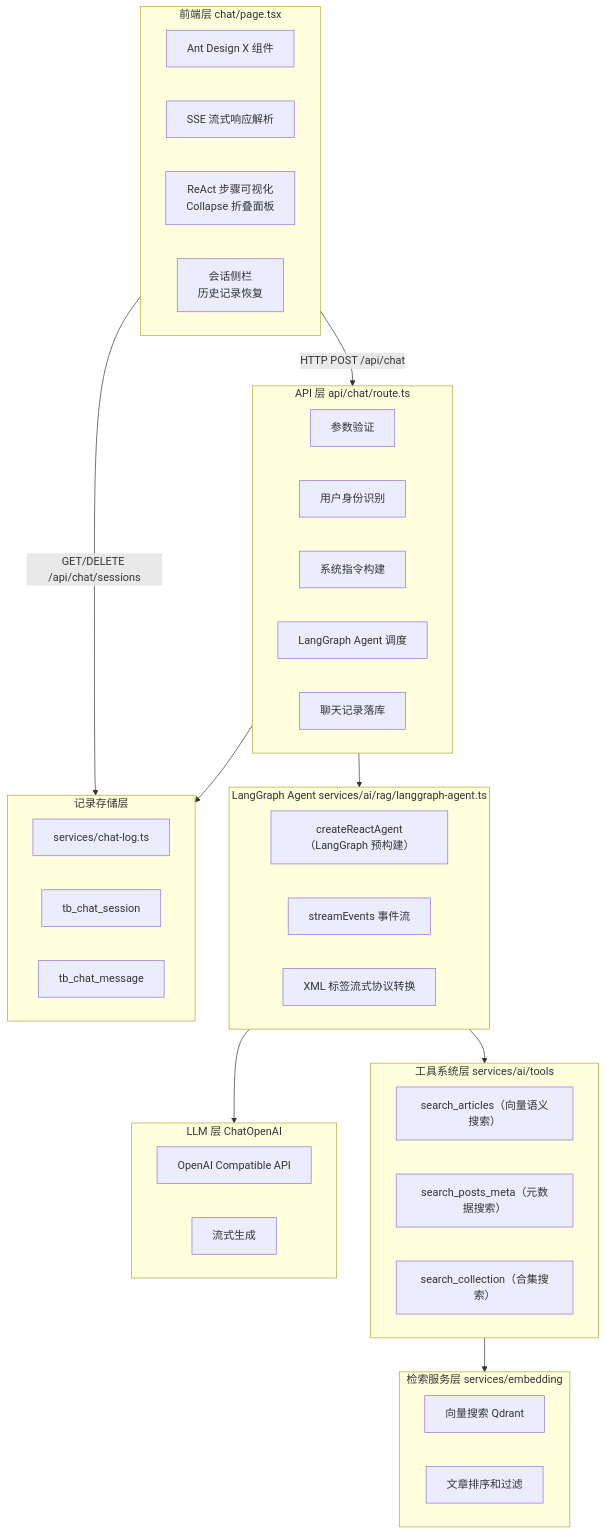
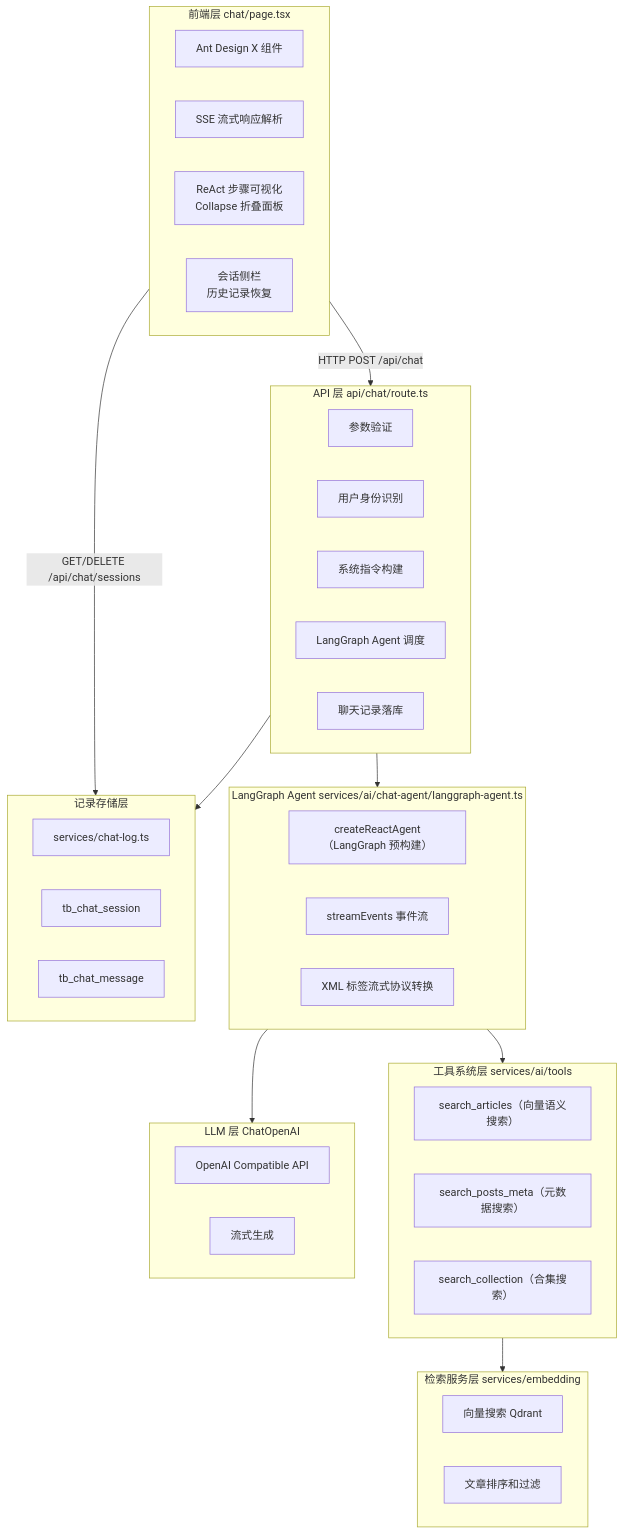
Before and after one commit to NNNNzs/react.nnnnzs.cn: the first of 2 diagrams in docs/designs/chat/rag-chat.md, drawn with Mermaid. The commit also changed other lines of this file and 28 other files, not shown here.

First line of the commit message:
refactor(chat): 重构 Chat Agent 架构，新增 DeepSeek think 流式展示和 reactTimeline

````diff
--- a/docs/designs/chat/rag-chat.md
+++ b/docs/designs/chat/rag-chat.md
@@ -26,53 +27,53 @@
 ```mermaid
 flowchart TB
     subgraph Frontend["前端层 chat/page.tsx"]
         A1["Ant Design X 组件"]
         A2["SSE 流式响应解析"]
         A3["ReAct 步骤可视化<br/>Collapse 折叠面板"]
         A4["会话侧栏<br/>历史记录恢复"]
     end
 
     subgraph API["API 层 api/chat/route.ts"]
         B1["参数验证"]
         B2["用户身份识别"]
         B3["系统指令构建"]
         B4["LangGraph Agent 调度"]
         B5["聊天记录落库"]
     end
 
-    subgraph Agent["LangGraph Agent services/ai/rag/langgraph-agent.ts"]
+    subgraph Agent["LangGraph Agent services/ai/chat-agent/langgraph-agent.ts"]
         C1["createReactAgent（LangGraph 预构建）"]
         C2["streamEvents 事件流"]
         C3["XML 标签流式协议转换"]
     end
 
     subgraph Tools["工具系统层 services/ai/tools"]
         D1["search_articles（向量语义搜索）"]
         D2["search_posts_meta（元数据搜索）"]
         D3["search_collection（合集搜索）"]
     end
 
     subgraph LLM["LLM 层 ChatOpenAI"]
         E1["OpenAI Compatible API"]
         E2["流式生成"]
     end
 
     subgraph Search["检索服务层 services/embedding"]
         F1["向量搜索 Qdrant"]
         F2["文章排序和过滤"]
     end
 
     subgraph Storage["记录存储层"]
         G1["services/chat-log.ts"]
         G2["tb_chat_session"]
         G3["tb_chat_message"]
     end
 
     Frontend -->|HTTP POST /api/chat| API
     Frontend -->|GET/DELETE /api/chat/sessions| Storage
     API --> Agent
     API --> Storage
     Agent --> Tools
     Agent --> LLM
     Tools --> Search
 ```
````
